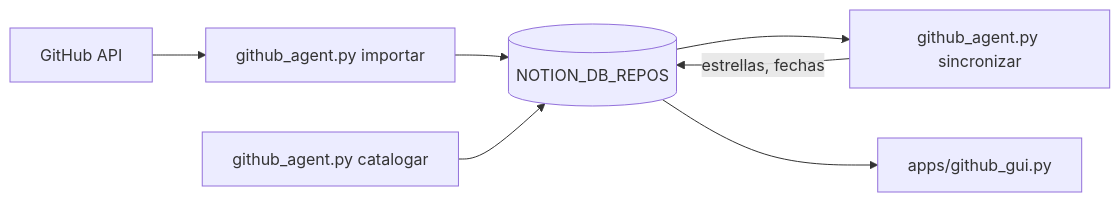
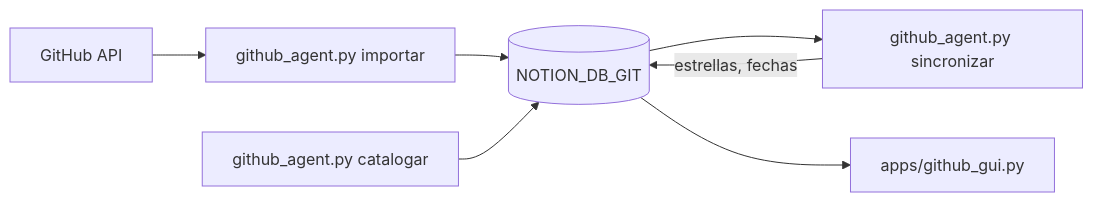
Before and after one commit to dalarconrub/coworkia: the fifth of 11 diagrams in docs/pipeline-atlas.md, drawn with Mermaid. The commit also changed other lines of this file and 33 other files, not shown here.

````diff
--- a/docs/pipeline-atlas.md
+++ b/docs/pipeline-atlas.md
@@ -152,9 +152,9 @@
 ```mermaid
 flowchart LR
     GH[GitHub API] --> IMP[github_agent.py importar]
-    IMP --> REP_DB[(NOTION_DB_REPOS)]
-    REP_DB --> SYNC_M[github_agent.py sincronizar]
-    SYNC_M -->|estrellas, fechas| REP_DB
-    CAT[github_agent.py catalogar] --> REP_DB
-    REP_DB --> GUI[apps/github_gui.py]
+    IMP --> GIT_DB[(NOTION_DB_GIT)]
+    GIT_DB --> SYNC_M[github_agent.py sincronizar]
+    SYNC_M -->|estrellas, fechas| GIT_DB
+    CAT[github_agent.py catalogar] --> GIT_DB
+    GIT_DB --> GUI[apps/github_gui.py]
 ```
````
